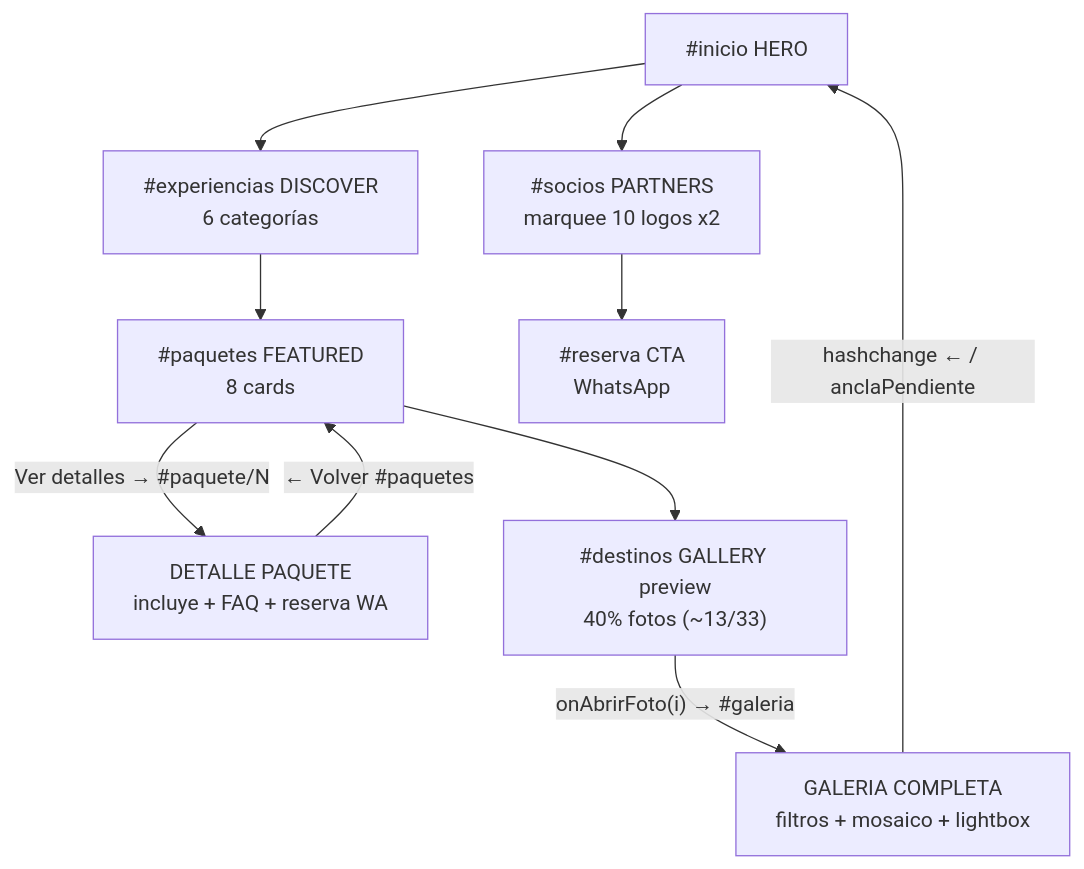
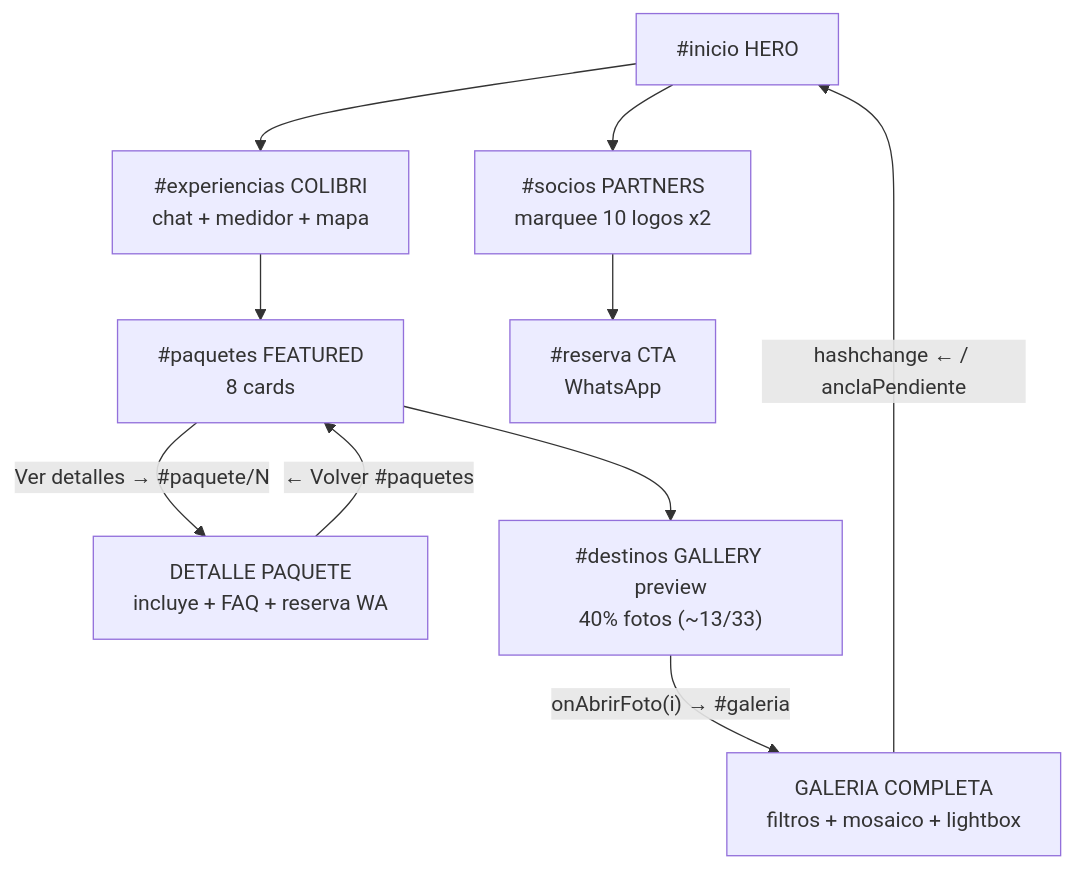
The third of 10 diagrams in MEMORIA.md (damianjose592/proyecto_manaure_vive), drawn with Mermaid before and after one commit. The commit also changed other lines of this file and 39 other files, not shown here.

Commit message:
Colibri en portada: integra prototipo con altura dinamica, elimina Discover y filtro Descubre

````diff
--- a/MEMORIA.md
+++ b/MEMORIA.md
@@ -200,12 +200,12 @@
 ```mermaid
 flowchart TD
-  HERO["#inicio HERO"] --> EXP["#experiencias DISCOVER<br/>6 categorías"]
+  HERO["#inicio HERO"] --> EXP["#experiencias COLIBRI<br/>chat + medidor + mapa"]
   EXP --> PAQ["#paquetes FEATURED<br/>8 cards"]
   PAQ -- "Ver detalles → #paquete/N" --> DET["DETALLE PAQUETE<br/>incluye + FAQ + reserva WA"]
   DET -- "← Volver #paquetes" --> PAQ
   PAQ --> PREV["#destinos GALLERY preview<br/>40% fotos (~13/33)"]
   PREV -- "onAbrirFoto(i) → #galeria" --> FULL["GALERIA COMPLETA<br/>filtros + mosaico + lightbox"]
   FULL -- "hashchange ← / anclaPendiente" --> HERO
   HERO --> SOC["#socios PARTNERS<br/>marquee 10 logos x2"]
   SOC --> CTA2["#reserva CTA<br/>WhatsApp"]
 ```
````
